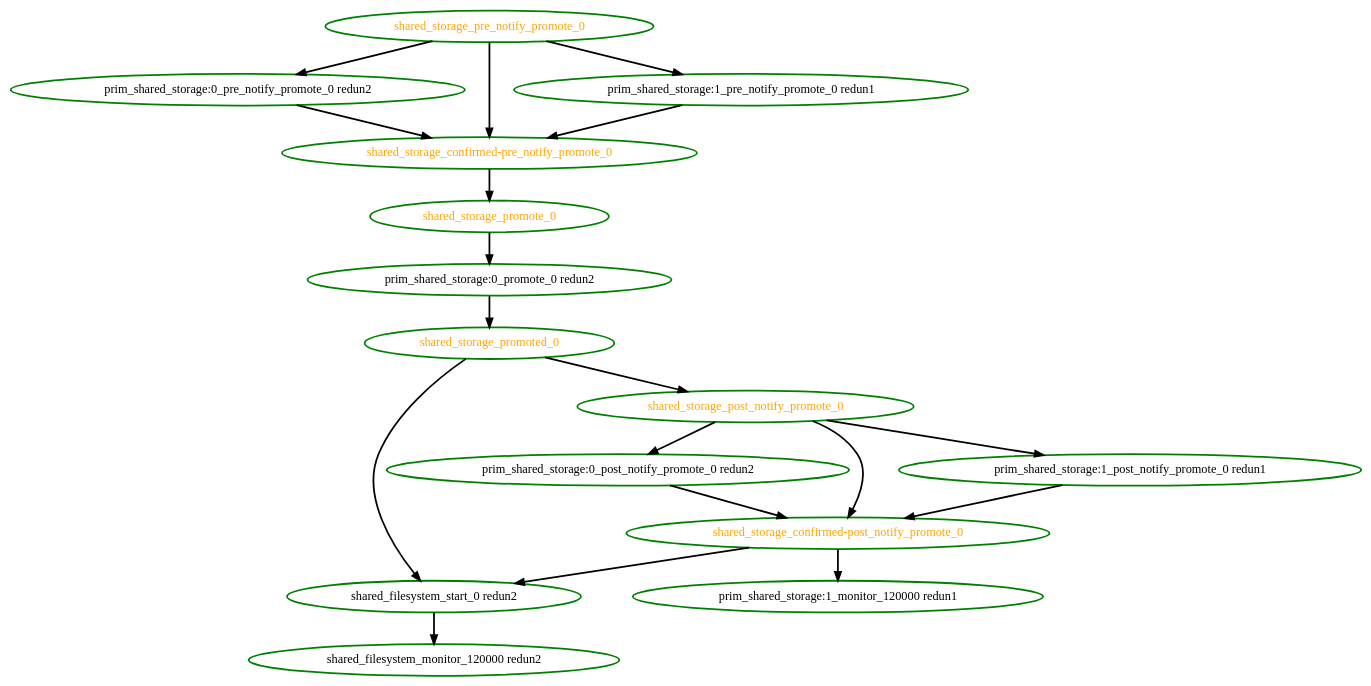
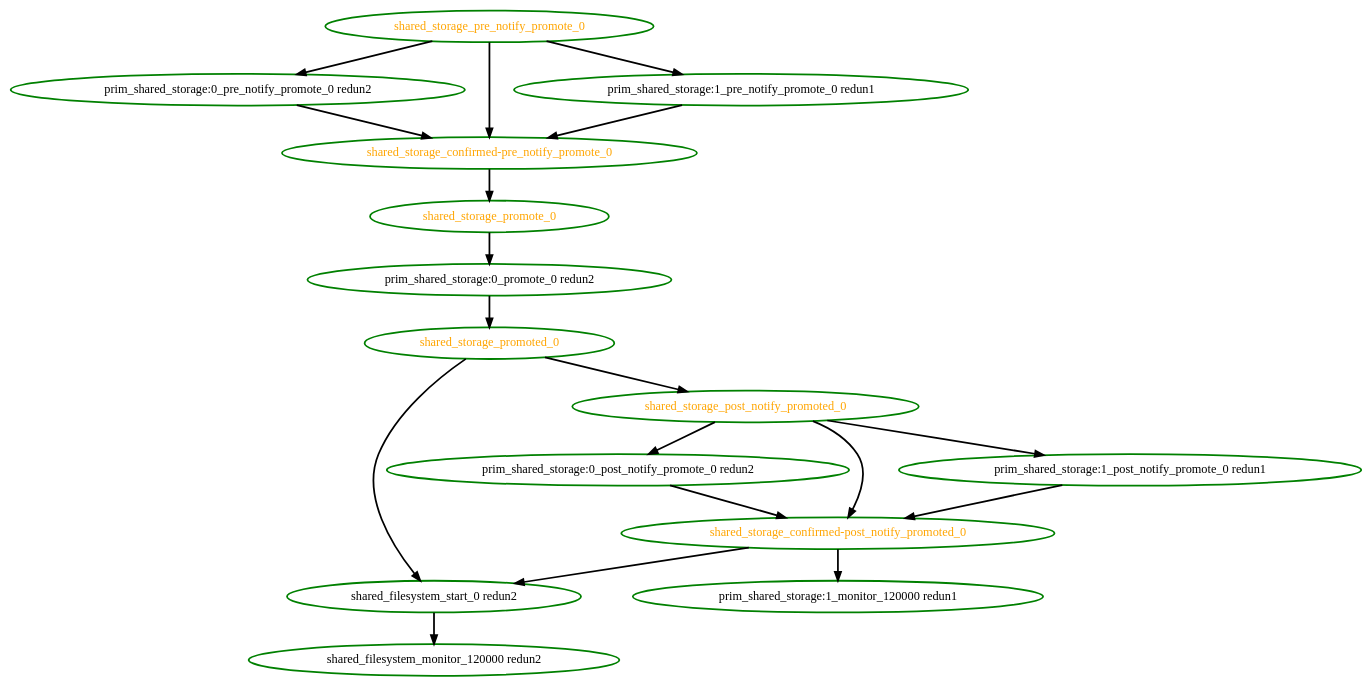
The diagram in pengine/test10/bug-1685.dot (linux-ha-japan/pm_diskd), drawn with Graphviz before and after one commit. The commit also changed 68 other files, not shown here.

```diff
--- a/pengine/test10/bug-1685.dot
+++ b/pengine/test10/bug-1685.dot
@@ -1,34 +1,34 @@
 digraph "g" {
-"prim_shared_storage:0_post_notify_promote_0 redun2" -> "shared_storage_confirmed-post_notify_promote_0" [ style = bold]
+"prim_shared_storage:0_post_notify_promote_0 redun2" -> "shared_storage_confirmed-post_notify_promoted_0" [ style = bold]
 "prim_shared_storage:0_post_notify_promote_0 redun2" [ style=bold color="green" fontcolor="black"  ]
 "prim_shared_storage:0_pre_notify_promote_0 redun2" -> "shared_storage_confirmed-pre_notify_promote_0" [ style = bold]
 "prim_shared_storage:0_pre_notify_promote_0 redun2" [ style=bold color="green" fontcolor="black"  ]
 "prim_shared_storage:0_promote_0 redun2" -> "shared_storage_promoted_0" [ style = bold]
 "prim_shared_storage:0_promote_0 redun2" [ style=bold color="green" fontcolor="black"  ]
 "prim_shared_storage:1_monitor_120000 redun1" [ style=bold color="green" fontcolor="black"  ]
-"prim_shared_storage:1_post_notify_promote_0 redun1" -> "shared_storage_confirmed-post_notify_promote_0" [ style = bold]
+"prim_shared_storage:1_post_notify_promote_0 redun1" -> "shared_storage_confirmed-post_notify_promoted_0" [ style = bold]
 "prim_shared_storage:1_post_notify_promote_0 redun1" [ style=bold color="green" fontcolor="black"  ]
 "prim_shared_storage:1_pre_notify_promote_0 redun1" -> "shared_storage_confirmed-pre_notify_promote_0" [ style = bold]
 "prim_shared_storage:1_pre_notify_promote_0 redun1" [ style=bold color="green" fontcolor="black"  ]
 "shared_filesystem_monitor_120000 redun2" [ style=bold color="green" fontcolor="black"  ]
 "shared_filesystem_start_0 redun2" -> "shared_filesystem_monitor_120000 redun2" [ style = bold]
 "shared_filesystem_start_0 redun2" [ style=bold color="green" fontcolor="black"  ]
-"shared_storage_confirmed-post_notify_promote_0" -> "prim_shared_storage:1_monitor_120000 redun1" [ style = bold]
-"shared_storage_confirmed-post_notify_promote_0" -> "shared_filesystem_start_0 redun2" [ style = bold]
-"shared_storage_confirmed-post_notify_promote_0" [ style=bold color="green" fontcolor="orange"  ]
+"shared_storage_confirmed-post_notify_promoted_0" -> "prim_shared_storage:1_monitor_120000 redun1" [ style = bold]
+"shared_storage_confirmed-post_notify_promoted_0" -> "shared_filesystem_start_0 redun2" [ style = bold]
+"shared_storage_confirmed-post_notify_promoted_0" [ style=bold color="green" fontcolor="orange"  ]
 "shared_storage_confirmed-pre_notify_promote_0" -> "shared_storage_promote_0" [ style = bold]
 "shared_storage_confirmed-pre_notify_promote_0" [ style=bold color="green" fontcolor="orange"  ]
-"shared_storage_post_notify_promote_0" -> "prim_shared_storage:0_post_notify_promote_0 redun2" [ style = bold]
-"shared_storage_post_notify_promote_0" -> "prim_shared_storage:1_post_notify_promote_0 redun1" [ style = bold]
-"shared_storage_post_notify_promote_0" -> "shared_storage_confirmed-post_notify_promote_0" [ style = bold]
-"shared_storage_post_notify_promote_0" [ style=bold color="green" fontcolor="orange"  ]
+"shared_storage_post_notify_promoted_0" -> "prim_shared_storage:0_post_notify_promote_0 redun2" [ style = bold]
+"shared_storage_post_notify_promoted_0" -> "prim_shared_storage:1_post_notify_promote_0 redun1" [ style = bold]
+"shared_storage_post_notify_promoted_0" -> "shared_storage_confirmed-post_notify_promoted_0" [ style = bold]
+"shared_storage_post_notify_promoted_0" [ style=bold color="green" fontcolor="orange"  ]
 "shared_storage_pre_notify_promote_0" -> "prim_shared_storage:0_pre_notify_promote_0 redun2" [ style = bold]
 "shared_storage_pre_notify_promote_0" -> "prim_shared_storage:1_pre_notify_promote_0 redun1" [ style = bold]
 "shared_storage_pre_notify_promote_0" -> "shared_storage_confirmed-pre_notify_promote_0" [ style = bold]
 "shared_storage_pre_notify_promote_0" [ style=bold color="green" fontcolor="orange"  ]
 "shared_storage_promote_0" -> "prim_shared_storage:0_promote_0 redun2" [ style = bold]
 "shared_storage_promote_0" [ style=bold color="green" fontcolor="orange"  ]
 "shared_storage_promoted_0" -> "shared_filesystem_start_0 redun2" [ style = bold]
-"shared_storage_promoted_0" -> "shared_storage_post_notify_promote_0" [ style = bold]
+"shared_storage_promoted_0" -> "shared_storage_post_notify_promoted_0" [ style = bold]
 "shared_storage_promoted_0" [ style=bold color="green" fontcolor="orange"  ]
 }
```
